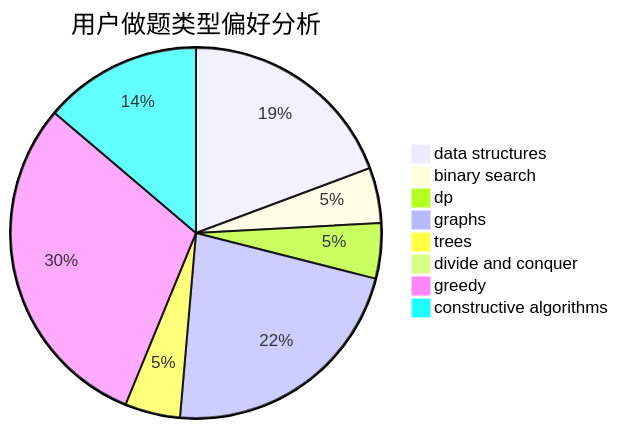
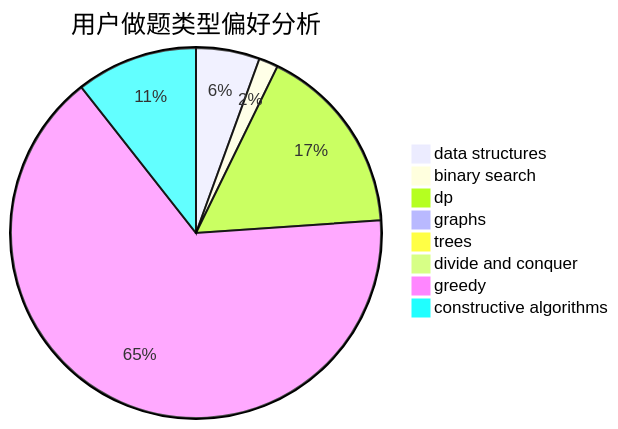
Before and after one commit to sherpahu/cfrs.github.io: the second of 3 diagrams in docs/user/u529.md, drawn with Mermaid. The commit also changed other lines of this file and 2770 other files, not shown here.

````diff
--- a/docs/user/u529.md
+++ b/docs/user/u529.md
@@ -23,11 +23,11 @@
 ```mermaid
 pie title 用户做题类型偏好分析
-    "data structures" :  56
-    "binary search" :  14
-    "dp" :  14
-    "graphs" :  65
-    "trees" :  14
+    "data structures" :  33
+    "binary search" :  10
+    "dp" :  99
+    "graphs" :  1
+    "trees" :  0
     "divide and conquer" :  0
-    "greedy" :  87
-    "constructive algorithms" :  40
+    "greedy" :  389
+    "constructive algorithms" :  63
 ```
````
